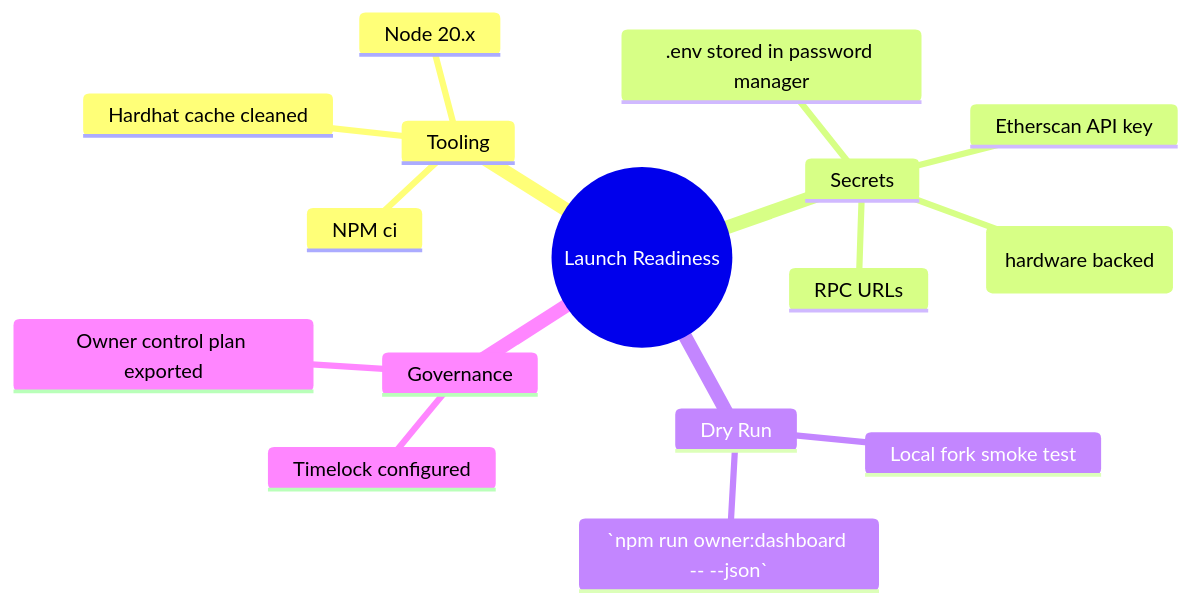
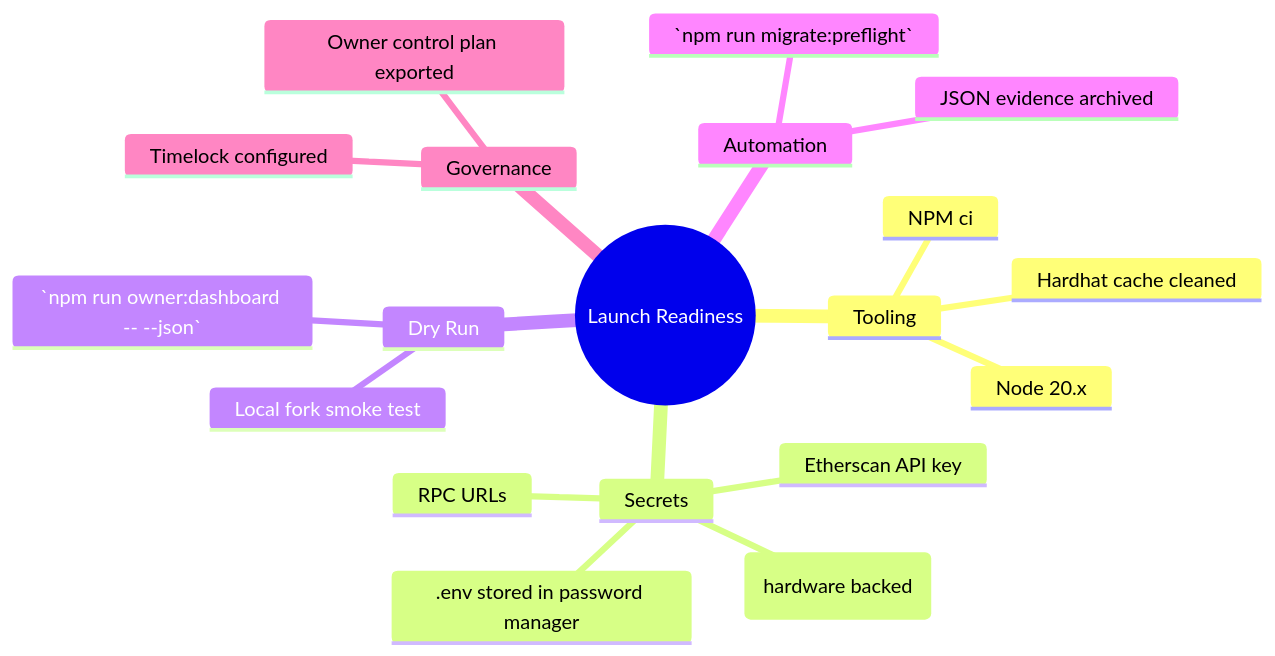
Before and after one commit to MontrealAI/AGIJobsv0: the second of 5 diagrams in docs/truffle-mainnet-playbook.md, drawn with Mermaid. The commit also changed other lines of this file and 2 other files, not shown here.

Commit message:
Add institutional preflight automation for Truffle mainnet

````diff
--- a/docs/truffle-mainnet-playbook.md
+++ b/docs/truffle-mainnet-playbook.md
@@ -31,19 +32,22 @@
 ```mermaid
 mindmap
   root((Launch Readiness))
     Tooling
       Node 20.x
       NPM ci
       Hardhat cache cleaned
     Secrets
       Private key (hardware backed)
       RPC URLs
       Etherscan API key
       .env stored in password manager
     Dry Run
       Local fork smoke test
       `npm run owner:dashboard -- --json`
+    Automation
+      `npm run migrate:preflight`
+      JSON evidence archived
     Governance
       Timelock configured
       Owner control plan exported
 ```
````
